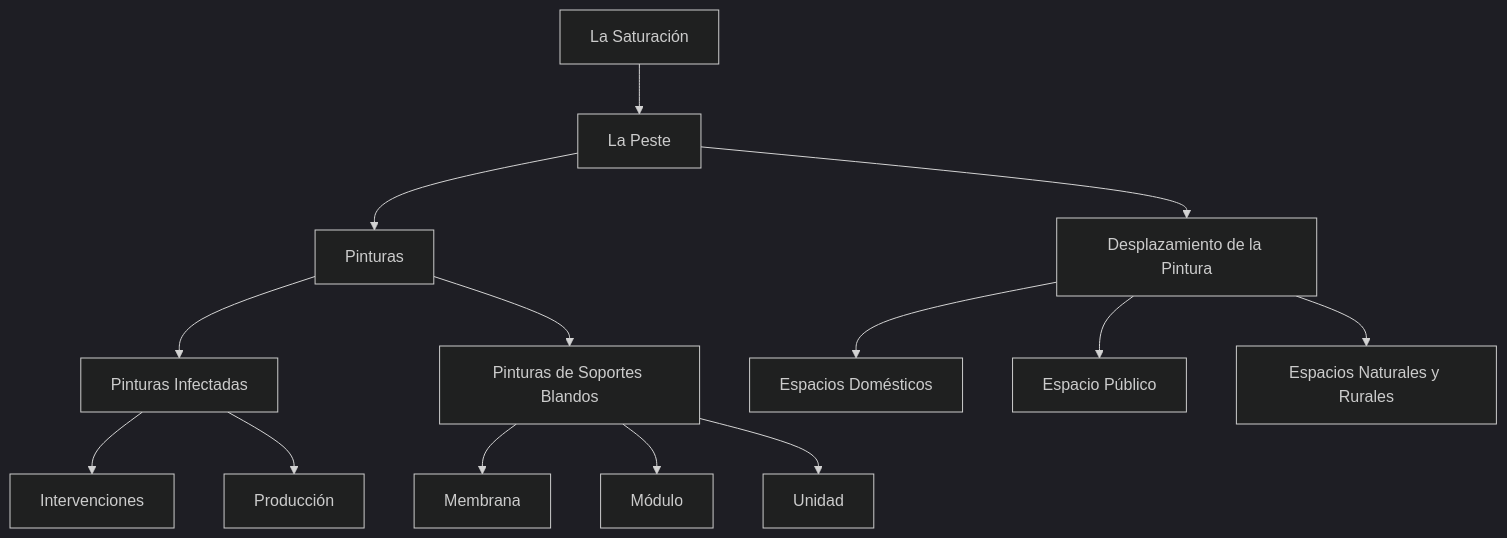
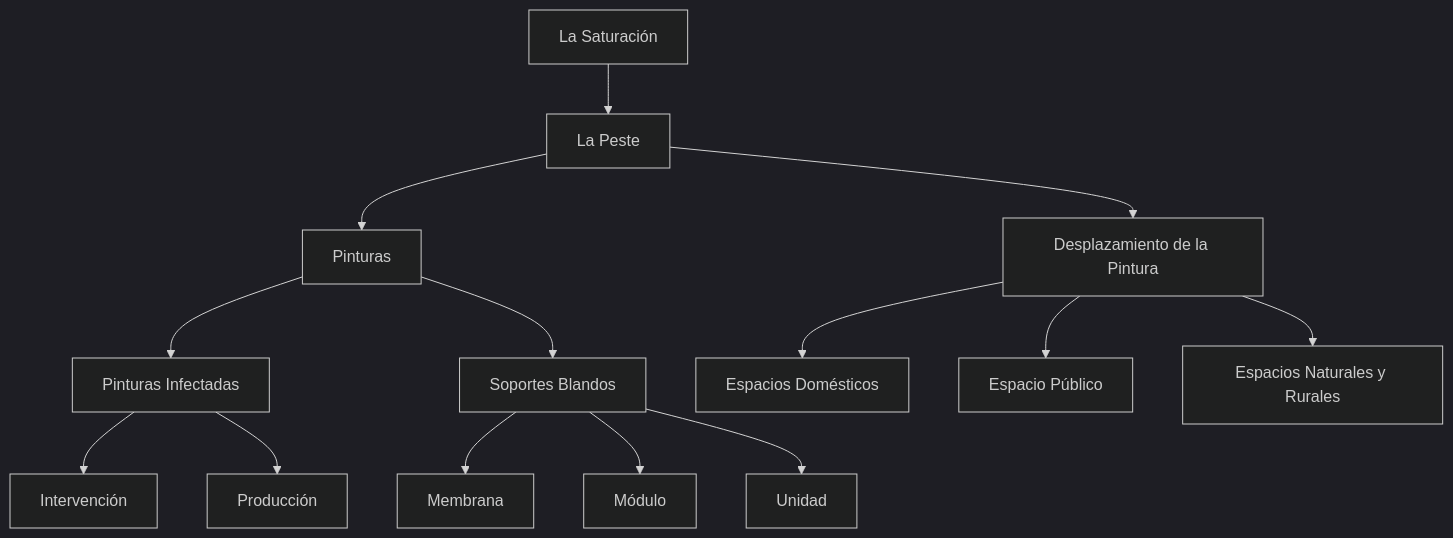
The diagram in ES/la-peste.md (EGGS-Artesvisuales/EGGS-Artesvisuales.github.io), drawn with Mermaid (dark theme) before and after one commit. The commit also changed other lines of this file, not shown here.

```diff
--- a/ES/la-peste.md
+++ b/ES/la-peste.md
@@ -89,31 +84,31 @@
 <div class="mermaid">
 graph TD
   A[La Saturación] --> B[La Peste]
   B --> C[Pinturas]
   C --> D[Pinturas Infectadas]
-  D --> D1[Intervenciones]
+  D --> D1[Intervención]
   D --> D2[Producción]
-  C --> E[Pinturas de Soportes Blandos]
+  C --> E[Soportes Blandos]
   E --> E1[Membrana]
   E --> E2[Módulo]
   E --> E3[Unidad]
   B --> F[Desplazamiento de la Pintura]
   F --> G[Espacios Domésticos]
   F --> H[Espacio Público]
   F --> I[Espacios Naturales y Rurales]
 
   click A "/es/saturacion.html" "Ir a La Saturación"
   click B "/es/la-peste.html" "Ir a La Peste"
   click C "/es/peste-pintura.html" "Ir a Pinturas"
   click D "/es/pinturas-infectadas.html" "Ir a Pinturas Infectadas"
   click D1 "/es/intervenciones.html" "Ir a Intervenciones"
   click D2 "/es/produccion.html" "Ir a Producción"
   click E "/es/soportes-blandos.html" "Ir a Pinturas de Soportes Blandos"
   click E1 "/es/membrana.html" "Ir a Membrana"
   click E2 "/es/modulo.html" "Ir a Módulo"
   click E3 "/es/unidad.html" "Ir a Unidad"
   click F "/es/desplazamiento-pintura.html" "Ir a Desplazamiento de la Pintura"
   click G "/es/espacios-domesticos.html" "Ir a Espacios Domésticos"
   click H "/es/espacio-publico.html" "Ir a Espacio Público"
   click I "/es/espacios-naturales.html" "Ir a Espacios Naturales y Rurales"
 </div>
```
